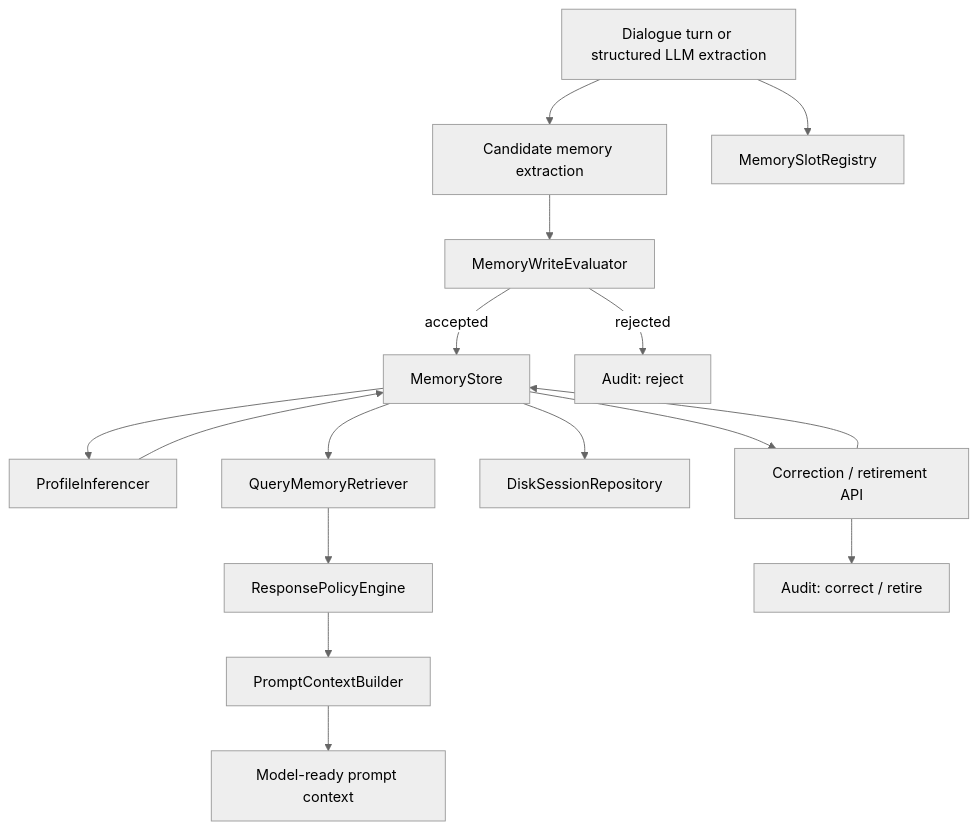
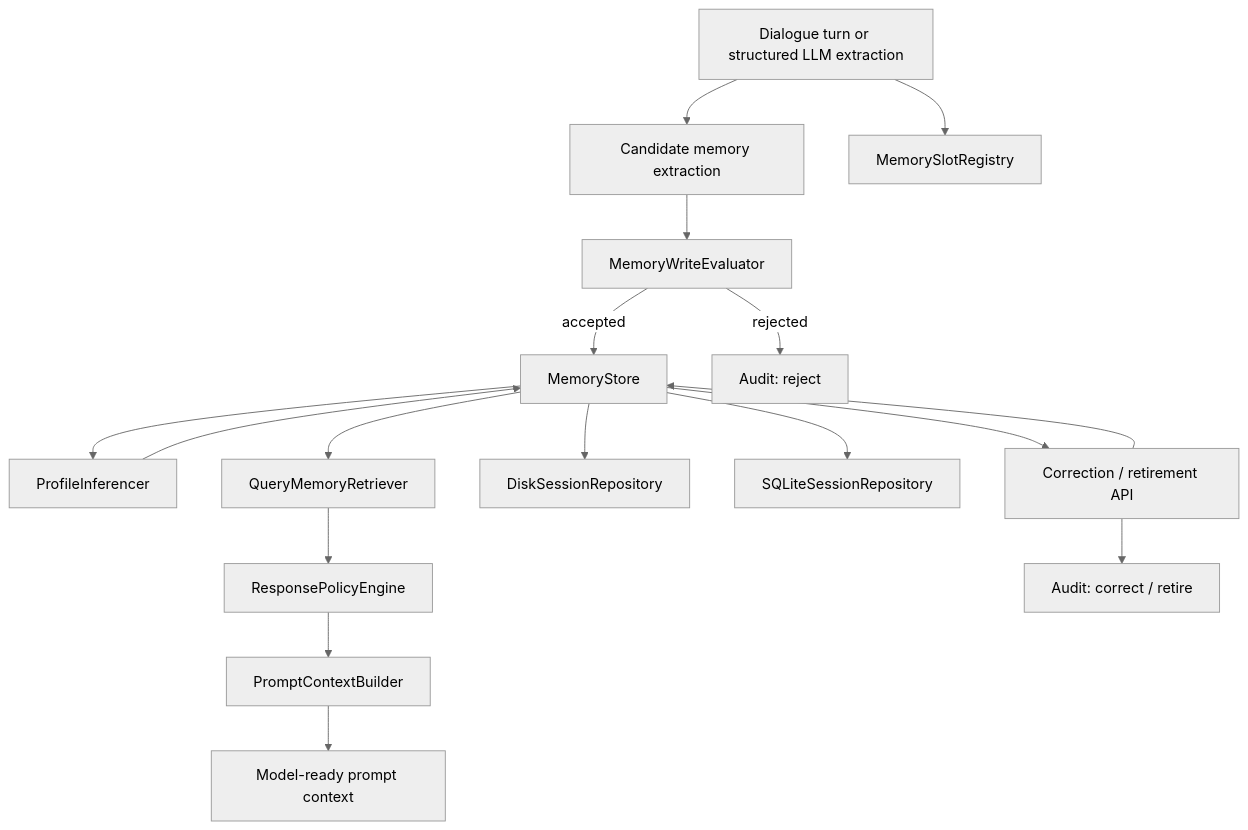
The diagram in README.md (2sao7sao/EvolveMemory), drawn with Mermaid (neutral theme) before and after one commit. The commit also changed other lines of this file and 7 other files, not shown here.

````diff
--- a/README.md
+++ b/README.md
@@ -112,18 +112,19 @@
 ```mermaid
 flowchart TD
     A["Dialogue turn or structured LLM extraction"] --> B["Candidate memory extraction"]
     A --> R["MemorySlotRegistry"]
     B --> C["MemoryWriteEvaluator"]
     C -->|accepted| D["MemoryStore"]
     C -->|rejected| E["Audit: reject"]
     D --> F["ProfileInferencer"]
     F --> D
     D --> G["QueryMemoryRetriever"]
     G --> H["ResponsePolicyEngine"]
     H --> I["PromptContextBuilder"]
     I --> J["Model-ready prompt context"]
     D --> K["DiskSessionRepository"]
+    D --> N["SQLiteSessionRepository"]
     D --> L["Correction / retirement API"]
     L --> D
     L --> M["Audit: correct / retire"]
 ```
````
